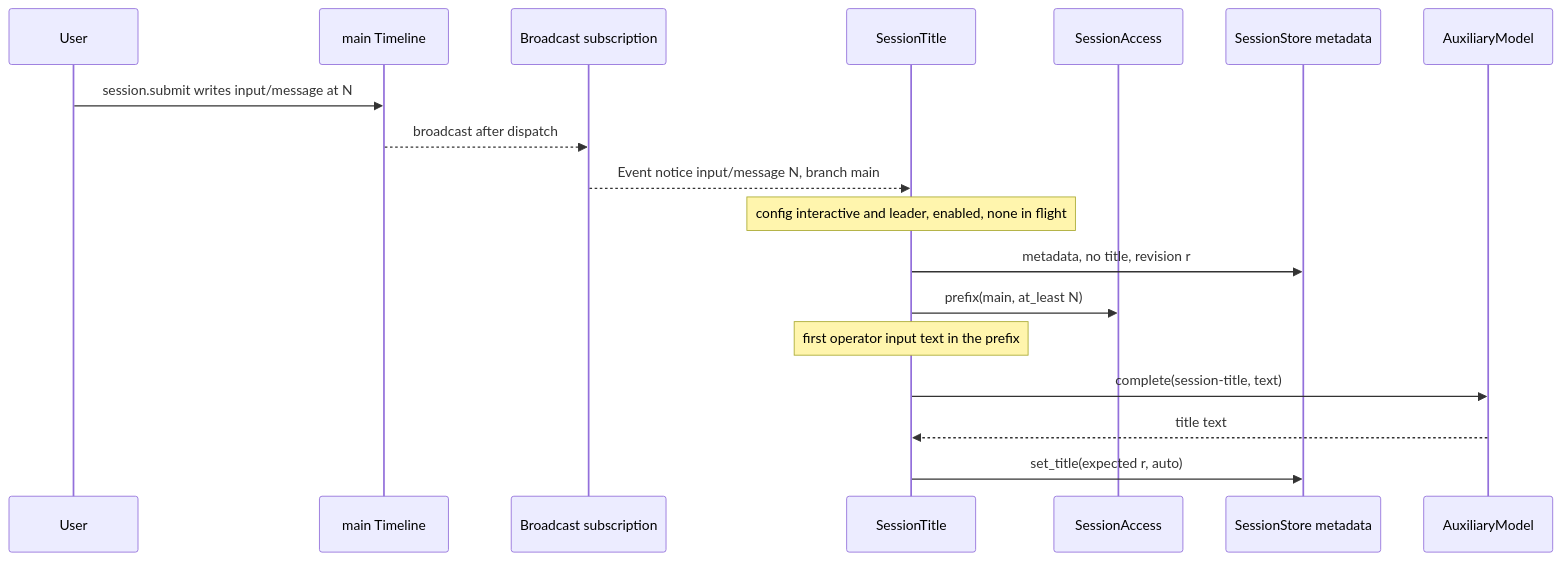
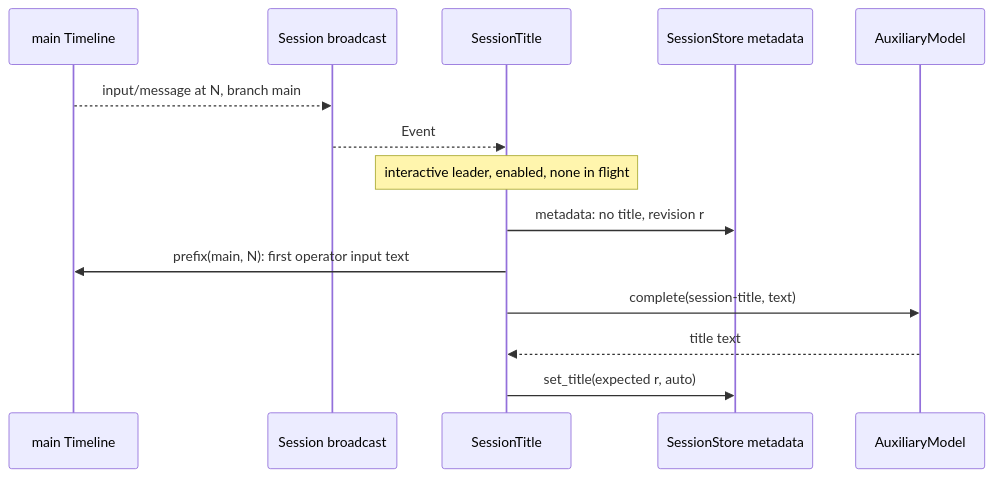
Before and after one commit to CoutinhoTTS/dim-agent: the third of 5 diagrams in docs/design/plugins/SessionTitle.md, drawn with Mermaid. The commit also changed other lines of this file and 3 other files, not shown here.

````diff
--- a/docs/design/plugins/SessionTitle.md
+++ b/docs/design/plugins/SessionTitle.md
@@ -71,20 +68,16 @@
 ```mermaid
 sequenceDiagram
-  participant User
   participant TL as main Timeline
-  participant SE as Broadcast subscription
+  participant SB as Session broadcast
   participant ST as SessionTitle
-  participant SA as SessionAccess
   participant Meta as SessionStore metadata
   participant Aux as AuxiliaryModel
-  User->>TL: session.submit writes input/message at N
-  TL-->>SE: broadcast after dispatch
-  SE-->>ST: Event notice input/message N, branch main
-  Note over ST: config interactive and leader, enabled, none in flight
-  ST->>Meta: metadata, no title, revision r
-  ST->>SA: prefix(main, at_least N)
-  Note over ST: first operator input text in the prefix
+  TL-->>SB: input/message at N, branch main
+  SB-->>ST: Event
+  Note over ST: interactive leader, enabled, none in flight
+  ST->>Meta: metadata: no title, revision r
+  ST->>TL: prefix(main, N): first operator input text
   ST->>Aux: complete(session-title, text)
   Aux-->>ST: title text
   ST->>Meta: set_title(expected r, auto)
 ```
````
